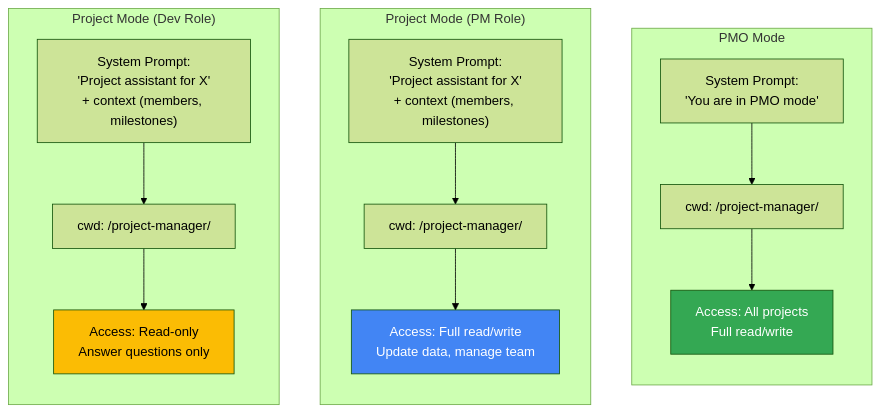
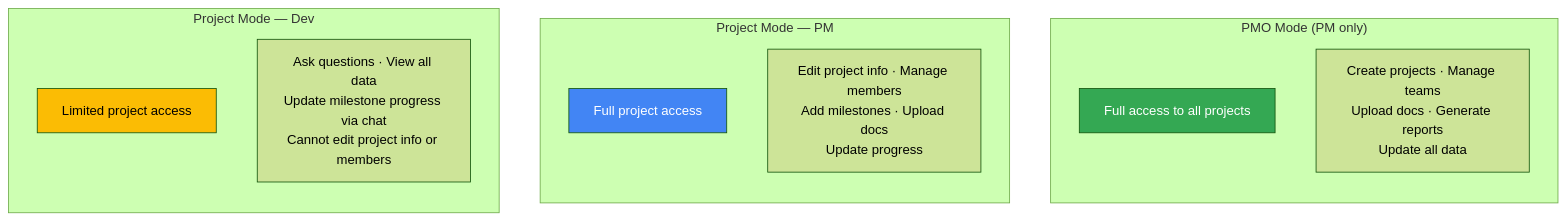
Before and after one commit to potenlab/project-automation-harness: the fifth of 5 diagrams in README.md, drawn with Mermaid (forest theme). The commit also changed other lines of this file and 4 other files, not shown here.

First line of the commit message:
feat: chat-based progress updates, RTF support, updated README

````diff
--- a/README.md
+++ b/README.md
@@ -191,30 +167,24 @@
 ```mermaid
 flowchart TB
-    subgraph "PMO Mode"
+    subgraph "PMO Mode (PM only)"
         direction TB
-        PMO_IN["System Prompt:<br/>'You are in PMO mode'"]
-        PMO_CWD["cwd: /project-manager/"]
-        PMO_ACC["Access: All projects<br/>Full read/write"]
-        PMO_IN --> PMO_CWD --> PMO_ACC
+        PMO["Full access to all projects"]
+        PMO_DO["Create projects · Manage teams<br/>Upload docs · Generate reports<br/>Update all data"]
     end
     
-    subgraph "Project Mode (PM Role)"
+    subgraph "Project Mode — PM"
         direction TB
-        PROJ_PM_IN["System Prompt:<br/>'Project assistant for X'<br/>+ context (members, milestones)"]
-        PROJ_PM_CWD["cwd: /project-manager/"]
-        PROJ_PM_ACC["Access: Full read/write<br/>Update data, manage team"]
-        PROJ_PM_IN --> PROJ_PM_CWD --> PROJ_PM_ACC
+        PM["Full project access"]
+        PM_DO["Edit project info · Manage members<br/>Add milestones · Upload docs<br/>Update progress"]
     end
     
-    subgraph "Project Mode (Dev Role)"
+    subgraph "Project Mode — Dev"
         direction TB
-        PROJ_DEV_IN["System Prompt:<br/>'Project assistant for X'<br/>+ context (members, milestones)"]
-        PROJ_DEV_CWD["cwd: /project-manager/"]
-        PROJ_DEV_ACC["Access: Read-only<br/>Answer questions only"]
-        PROJ_DEV_IN --> PROJ_DEV_CWD --> PROJ_DEV_ACC
+        DEV["Limited project access"]
+        DEV_DO["Ask questions · View all data<br/>Update milestone progress via chat<br/>Cannot edit project info or members"]
     end
     
-    style PMO_ACC fill:#34A853,color:#fff
-    style PROJ_PM_ACC fill:#4285F4,color:#fff
-    style PROJ_DEV_ACC fill:#FBBC04,color:#000
+    style PMO fill:#34A853,color:#fff
+    style PM fill:#4285F4,color:#fff
+    style DEV fill:#FBBC04,color:#000
 ```
````
